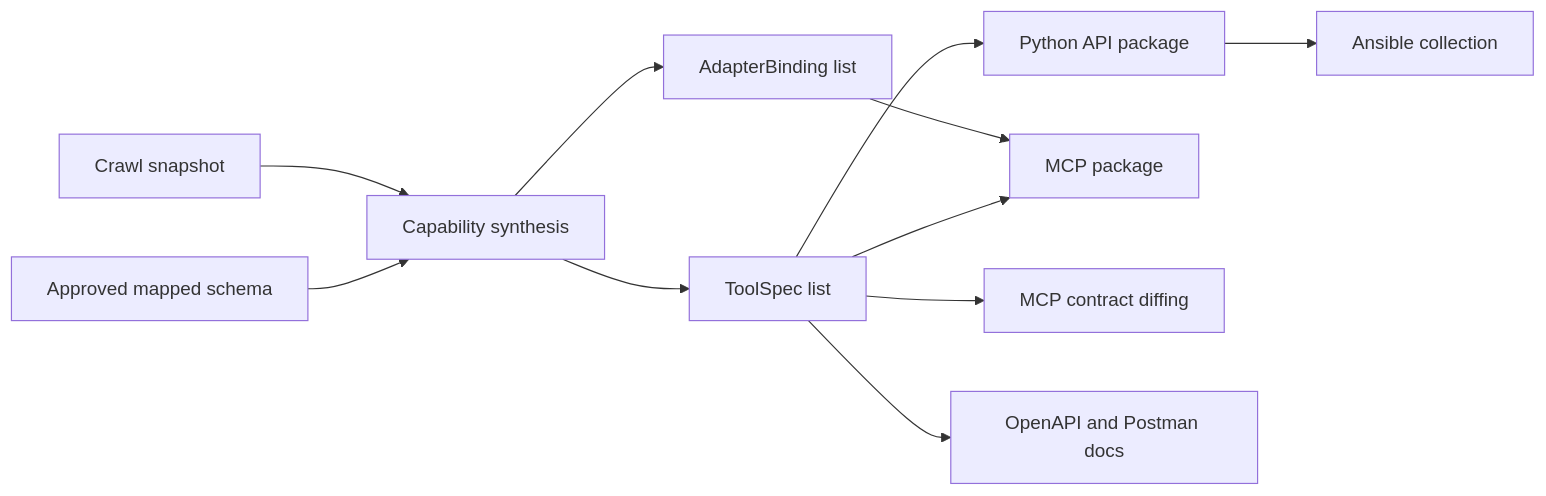
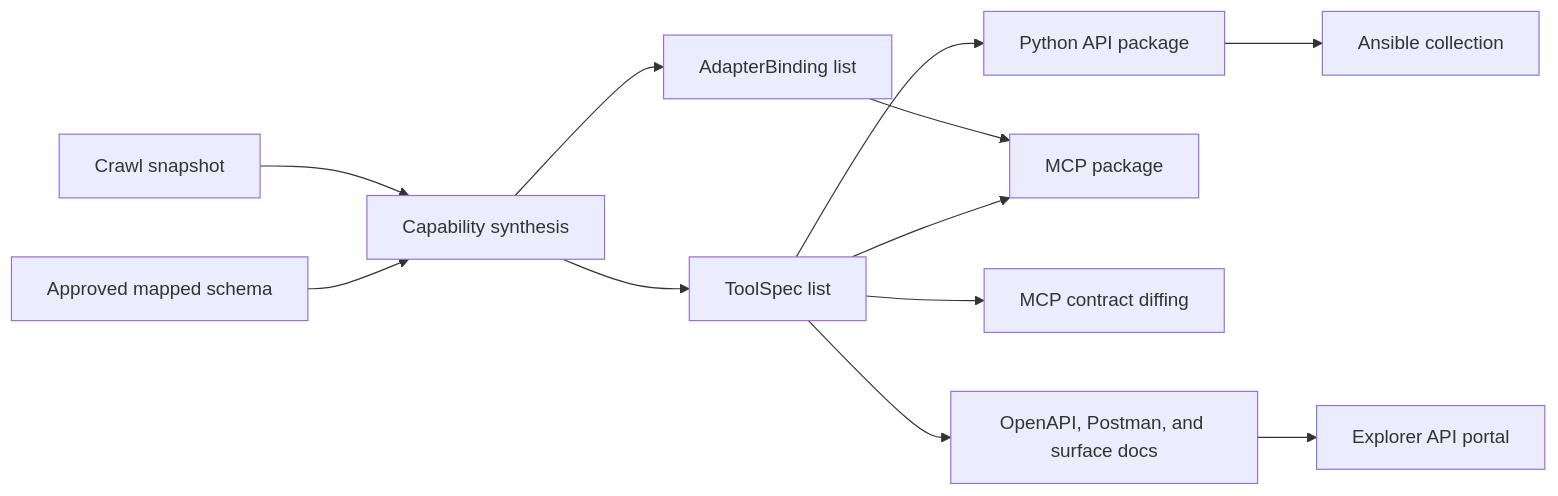
Before and after one commit to akarasulu/site-agent: the third of 3 diagrams in docs/01_ARCHITECTURE.md, drawn with Mermaid. The commit also changed other lines of this file and 22 other files, not shown here.

Commit message:
Make explorer a generated API portal

````diff
--- a/docs/01_ARCHITECTURE.md
+++ b/docs/01_ARCHITECTURE.md
@@ -188,13 +188,14 @@
 ```mermaid
 flowchart LR
   Schema[Approved mapped schema] --> Cap[Capability synthesis]
   Snapshot[Crawl snapshot] --> Cap
   Cap --> Tools[ToolSpec list]
   Cap --> Bindings[AdapterBinding list]
   Tools --> API[Python API package]
   Tools --> MCP[MCP package]
   Bindings --> MCP
   API --> Ansible[Ansible collection]
   Tools --> Contracts[MCP contract diffing]
-  Tools --> APIDocs[OpenAPI and Postman docs]
+  Tools --> APIDocs[OpenAPI, Postman, and surface docs]
+  APIDocs --> Explorer[Explorer API portal]
 ```
````
